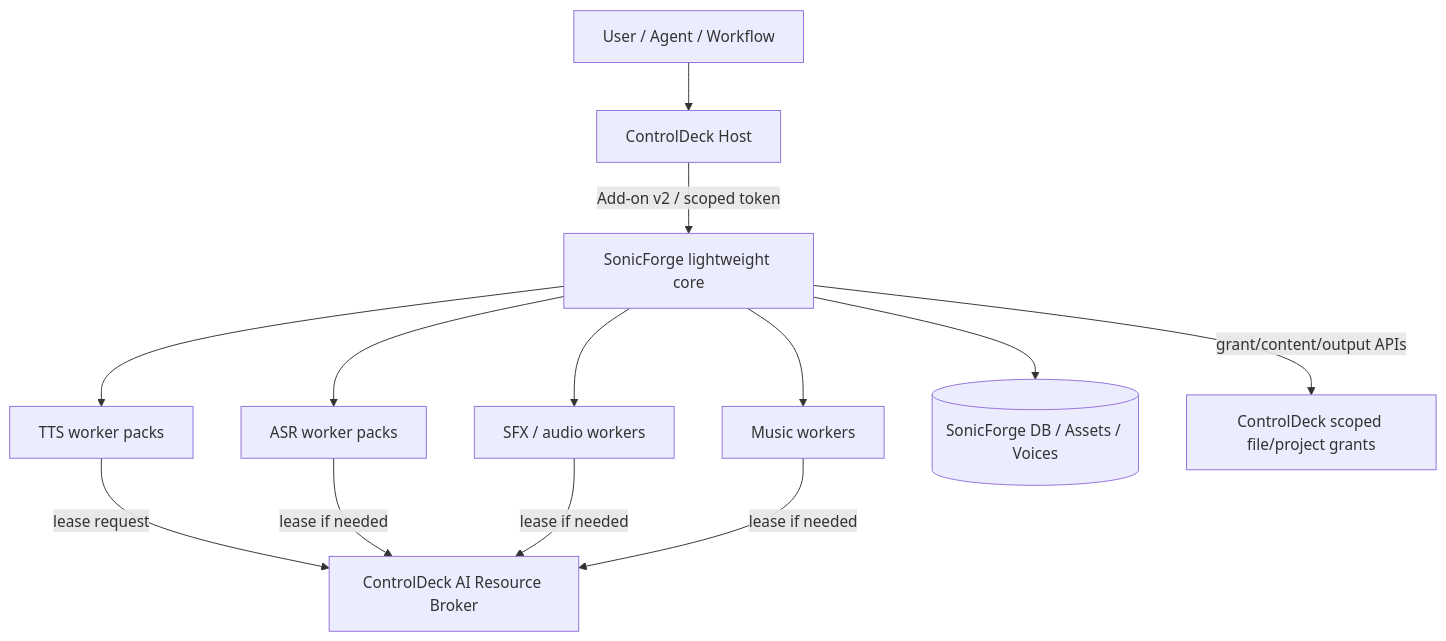
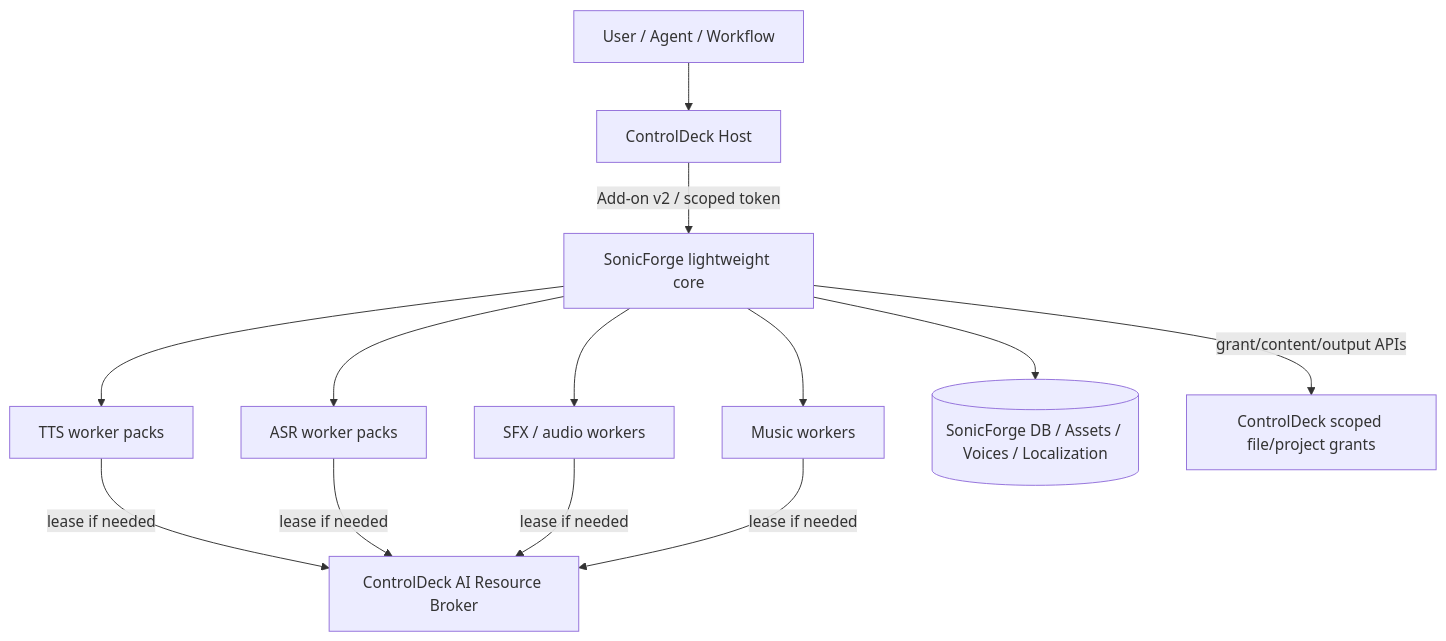
One commit to souten-yd/ControlDeckSonicForge changed the second of 13 diagrams in docs/12-architecture-diagrams.md. Above: the diagram before and after it, drawn with Mermaid. The commit also changed other lines of this file, not shown here.

Commit message:
docs: align diagrams with signed bilingual setup

````diff
--- a/docs/12-architecture-diagrams.md
+++ b/docs/12-architecture-diagrams.md
@@ -8,26 +28,26 @@
 ```mermaid
 flowchart TB
     U[User / Agent / Workflow]
     CD[ControlDeck Host]
     SF[SonicForge lightweight core]
     TTS[TTS worker packs]
     ASR[ASR worker packs]
     SFX[SFX / audio workers]
     MUS[Music workers]
-    DB[(SonicForge DB / Assets / Voices)]
+    DB[(SonicForge DB / Assets / Voices / Localization)]
     GPU[ControlDeck AI Resource Broker]
     FS[ControlDeck scoped file/project grants]
 
     U --> CD
     CD -->|Add-on v2 / scoped token| SF
     SF --> TTS
     SF --> ASR
     SF --> SFX
     SF --> MUS
     SF --> DB
-    TTS -->|lease request| GPU
+    TTS -->|lease if needed| GPU
     ASR -->|lease if needed| GPU
     SFX -->|lease if needed| GPU
     MUS -->|lease if needed| GPU
     SF -->|grant/content/output APIs| FS
 ```
````
